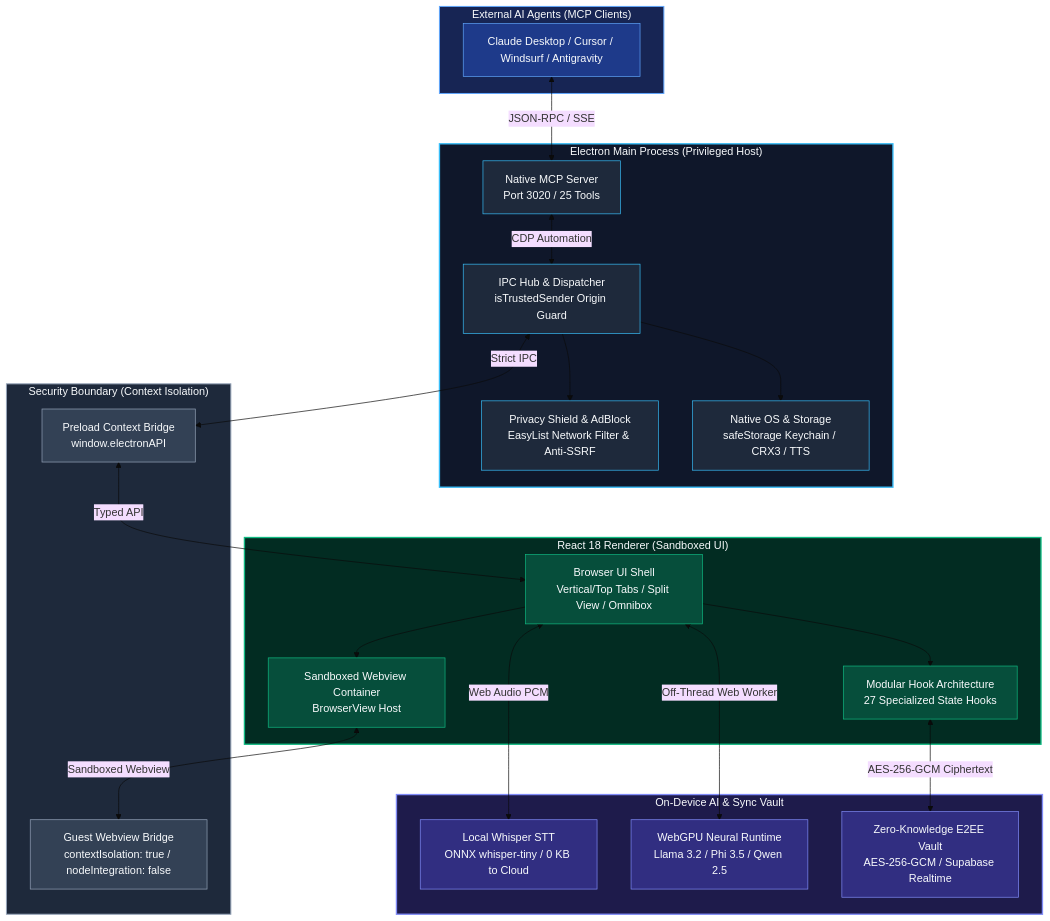
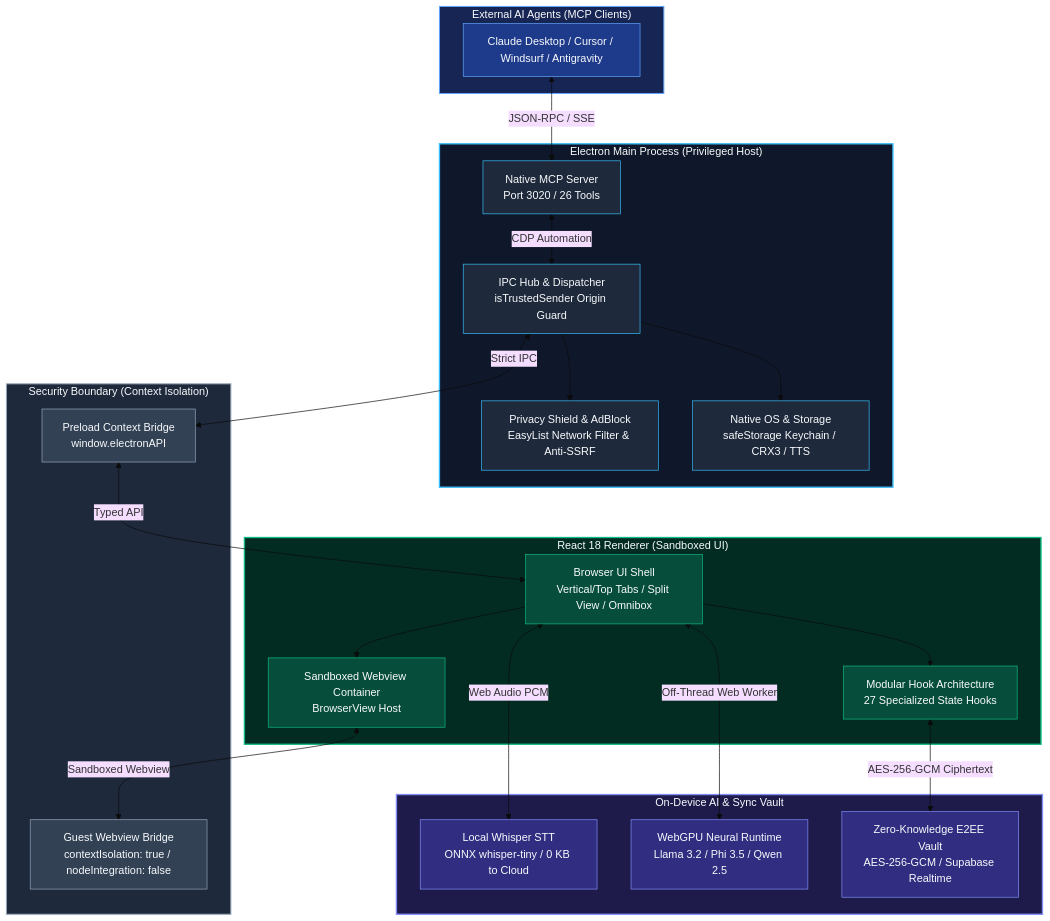
Before and after one commit to unitybtw/nova-browser: the diagram in README.md, drawn with Mermaid (base theme). The commit also changed other lines of this file and 14 other files, not shown here.

````diff
--- a/README.md
+++ b/README.md
@@ -408,69 +408,69 @@
 ```mermaid
 flowchart TB
     subgraph Clients["External AI Agents (MCP Clients)"]
         agentClient["Claude Desktop / Cursor / Windsurf / Antigravity"]
     end
 
     subgraph Main["Electron Main Process (Privileged Host)"]
-        mcp["Native MCP Server<br/>Port 3020 / 25 Tools"]
+        mcp["Native MCP Server<br/>Port 3020 / 26 Tools"]
         ipcMain["IPC Hub & Dispatcher<br/>isTrustedSender Origin Guard"]
         netShield["Privacy Shield & AdBlock<br/>EasyList Network Filter & Anti-SSRF"]
         osBridge["Native OS & Storage<br/>safeStorage Keychain / CRX3 / TTS"]
     end
 
     subgraph Boundary["Security Boundary (Context Isolation)"]
         preloadAPI["Preload Context Bridge<br/>window.electronAPI"]
         guestPreload["Guest Webview Bridge<br/>contextIsolation: true / nodeIntegration: false"]
     end
 
     subgraph Renderer["React 18 Renderer (Sandboxed UI)"]
         uiShell["Browser UI Shell<br/>Vertical/Top Tabs / Split View / Omnibox"]
         hookEngine["Modular Hook Architecture<br/>27 Specialized State Hooks"]
         viewHost["Sandboxed Webview Container<br/>BrowserView Host"]
     end
 
     subgraph Neural["On-Device AI & Sync Vault"]
         whisperEngine["Local Whisper STT<br/>ONNX whisper-tiny / 0 KB to Cloud"]
         webgpuEngine["WebGPU Neural Runtime<br/>Llama 3.2 / Phi 3.5 / Qwen 2.5"]
         syncVault["Zero-Knowledge E2EE Vault<br/>AES-256-GCM / Supabase Realtime"]
     end
 
     agentClient <-->|"JSON-RPC / SSE"| mcp
     mcp <-->|"CDP Automation"| ipcMain
     ipcMain <-->|"Strict IPC"| preloadAPI
     preloadAPI <-->|"Typed API"| uiShell
     ipcMain --> netShield
     ipcMain --> osBridge
 
     uiShell --> hookEngine
     uiShell --> viewHost
     viewHost <-->|"Sandboxed Webview"| guestPreload
 
     uiShell <-->|"Web Audio PCM"| whisperEngine
     uiShell <-->|"Off-Thread Web Worker"| webgpuEngine
     hookEngine <-->|"AES-256-GCM Ciphertext"| syncVault
 
     style Main fill:#0f172a,stroke:#38bdf8,stroke-width:2px,color:#f8fafc
     style Boundary fill:#1e293b,stroke:#94a3b8,stroke-width:1.5px,color:#f8fafc
     style Renderer fill:#022c22,stroke:#10b981,stroke-width:2px,color:#f8fafc
     style Neural fill:#1e1b4b,stroke:#818cf8,stroke-width:2px,color:#f8fafc
     style Clients fill:#172554,stroke:#60a5fa,stroke-width:1.5px,color:#f8fafc
 
     style mcp fill:#1e293b,stroke:#38bdf8,stroke-width:1px,color:#f8fafc
     style ipcMain fill:#1e293b,stroke:#38bdf8,stroke-width:1px,color:#f8fafc
     style netShield fill:#1e293b,stroke:#38bdf8,stroke-width:1px,color:#f8fafc
     style osBridge fill:#1e293b,stroke:#38bdf8,stroke-width:1px,color:#f8fafc
 
     style preloadAPI fill:#334155,stroke:#94a3b8,stroke-width:1px,color:#f8fafc
     style guestPreload fill:#334155,stroke:#94a3b8,stroke-width:1px,color:#f8fafc
 
     style uiShell fill:#064e3b,stroke:#10b981,stroke-width:1px,color:#f8fafc
     style hookEngine fill:#064e3b,stroke:#10b981,stroke-width:1px,color:#f8fafc
     style viewHost fill:#064e3b,stroke:#10b981,stroke-width:1px,color:#f8fafc
 
     style whisperEngine fill:#312e81,stroke:#818cf8,stroke-width:1px,color:#f8fafc
     style webgpuEngine fill:#312e81,stroke:#818cf8,stroke-width:1px,color:#f8fafc
     style syncVault fill:#312e81,stroke:#818cf8,stroke-width:1px,color:#f8fafc
 
     style agentClient fill:#1e3a8a,stroke:#60a5fa,stroke-width:1px,color:#f8fafc
 ```
````
